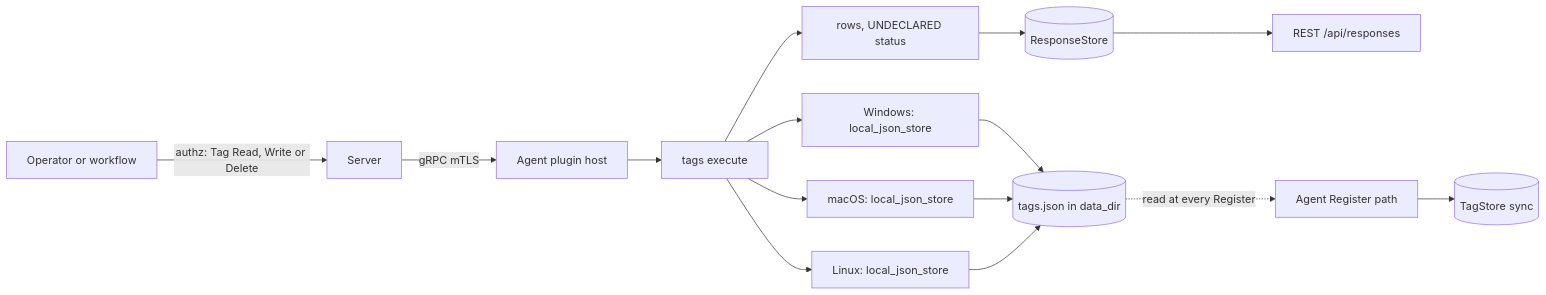
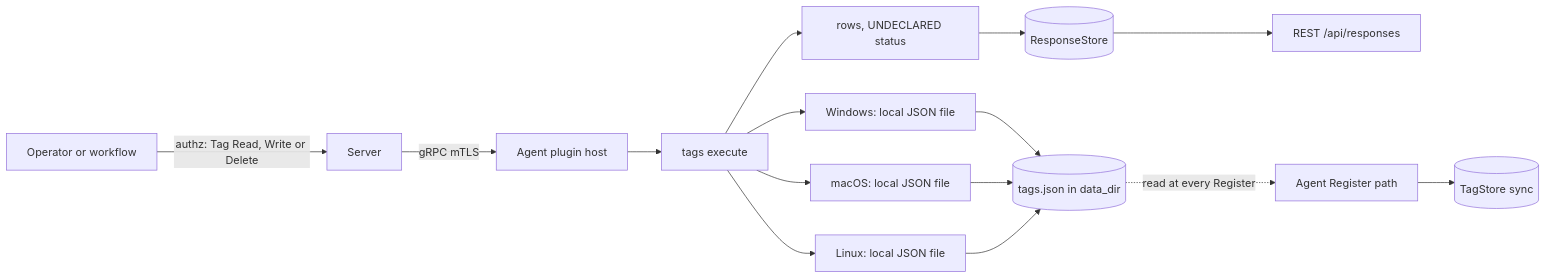
The first of 2 diagrams in agents/plugins/tags/README.md (DevNullLtd/Yuzu), drawn with Mermaid before and after one commit. The commit also changed other lines of this file and 69 other files, not shown here.

````diff
--- a/agents/plugins/tags/README.md
+++ b/agents/plugins/tags/README.md
@@ -21,13 +21,13 @@
 ```mermaid
 flowchart LR
   OP["Operator or workflow"] -->|"authz: Tag Read, Write or Delete"| SRV["Server"]
   SRV -->|"gRPC mTLS"| HOST["Agent plugin host"] --> EX["tags execute"]
-  EX --> WIN["Windows: local_json_store"]
-  EX --> MAC["macOS: local_json_store"]
-  EX --> LIN["Linux: local_json_store"]
+  EX --> WIN["Windows: local JSON file"]
+  EX --> MAC["macOS: local JSON file"]
+  EX --> LIN["Linux: local JSON file"]
   WIN --> FILE[("tags.json in data_dir")]
   MAC --> FILE
   LIN --> FILE
   EX --> ROWS["rows, UNDECLARED status"] --> RS[("ResponseStore")] --> API["REST /api/responses"]
   FILE -.->|"read at every Register"| REG["Agent Register path"] --> TS[("TagStore sync")]
 ```
````
